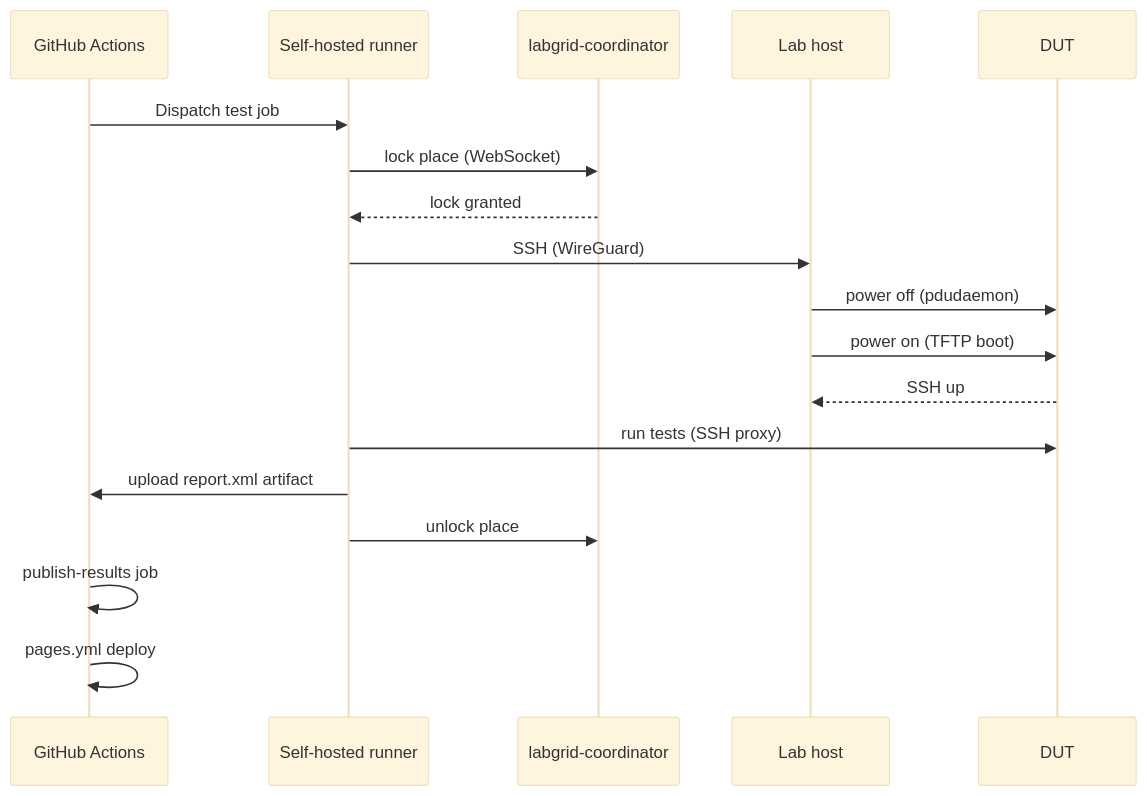
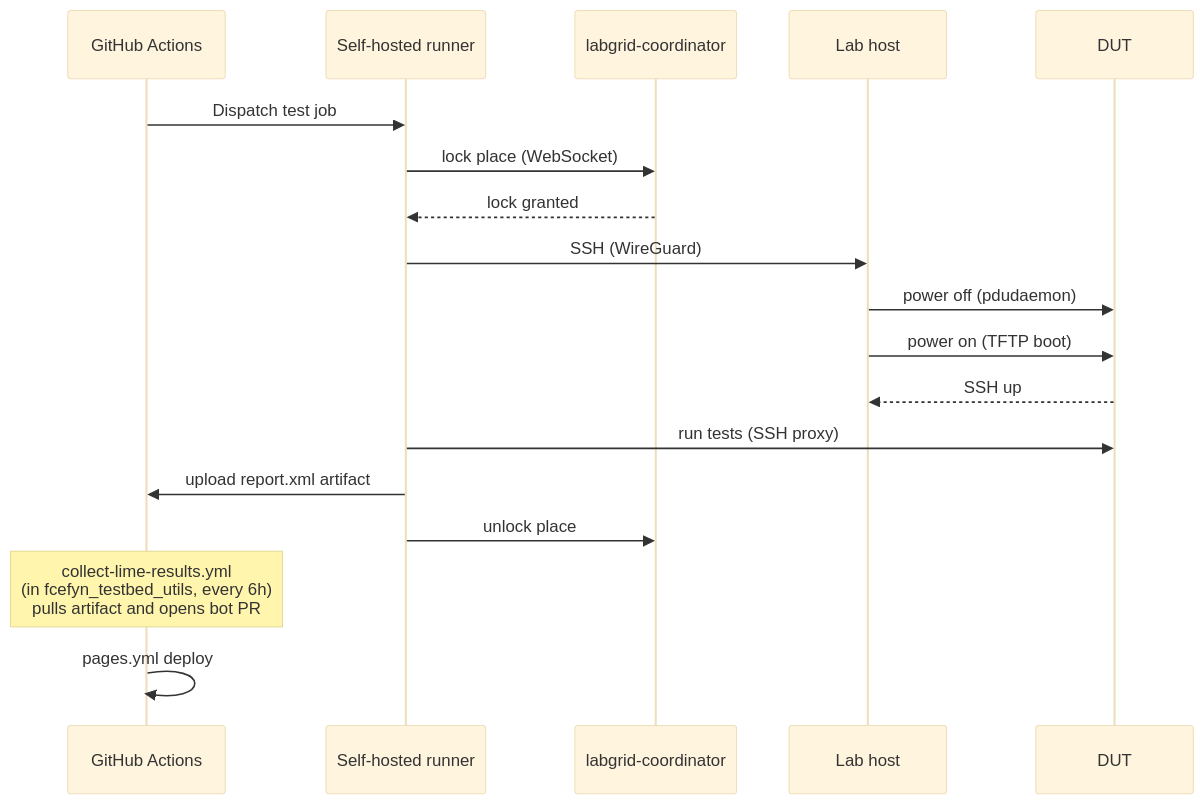
One commit to ccasanueva7/pi-hil-testing-utils changed the diagram in docs/diseno/test-run-flow.md. Above: the diagram before and after it, drawn with Mermaid (base theme). The commit also changed other lines of this file, not shown here.

First line of the commit message:
docs(test-run-flow): replace publish-results section with pull flow

````diff
--- a/docs/diseno/test-run-flow.md
+++ b/docs/diseno/test-run-flow.md
@@ -106,21 +114,21 @@
 ```mermaid
 sequenceDiagram
     participant GH as GitHub Actions
     participant Runner as Self-hosted runner
     participant Coord as labgrid-coordinator
     participant Lab as Lab host
     participant DUT as DUT
 
     GH->>Runner: Dispatch test job
     Runner->>Coord: lock place (WebSocket)
     Coord-->>Runner: lock granted
     Runner->>Lab: SSH (WireGuard)
     Lab->>DUT: power off (pdudaemon)
     Lab->>DUT: power on (TFTP boot)
     DUT-->>Lab: SSH up
     Runner->>DUT: run tests (SSH proxy)
     Runner->>GH: upload report.xml artifact
     Runner->>Coord: unlock place
-    GH->>GH: publish-results job
+    Note over GH: collect-lime-results.yml<br/>(in fcefyn_testbed_utils, every 6h)<br/>pulls artifact and opens bot PR
     GH->>GH: pages.yml deploy
 ```
````
